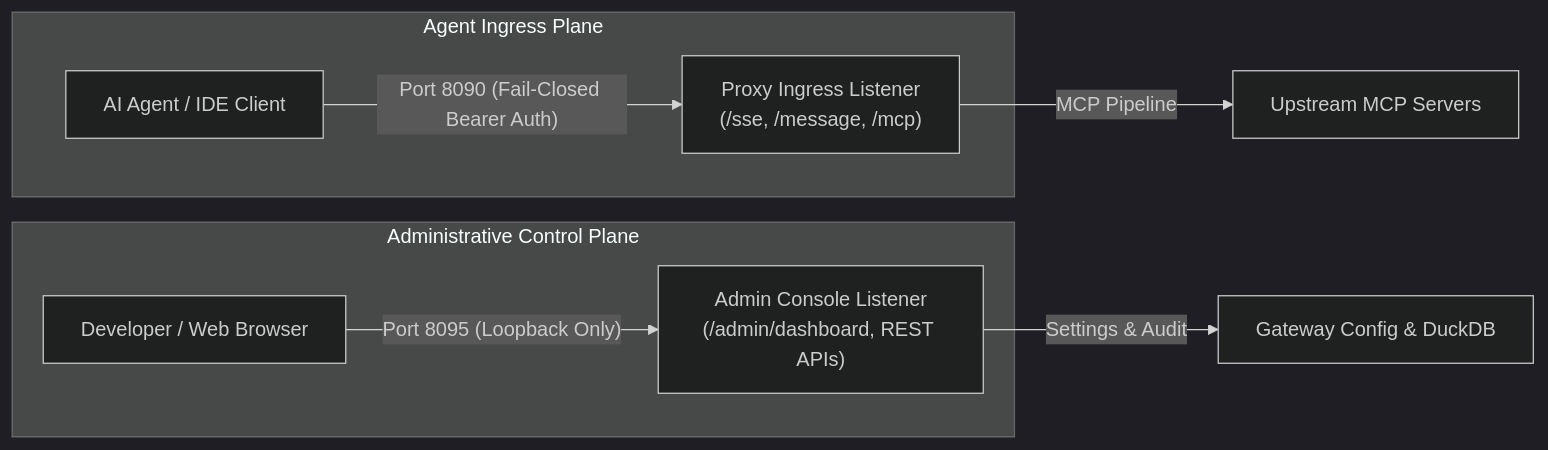
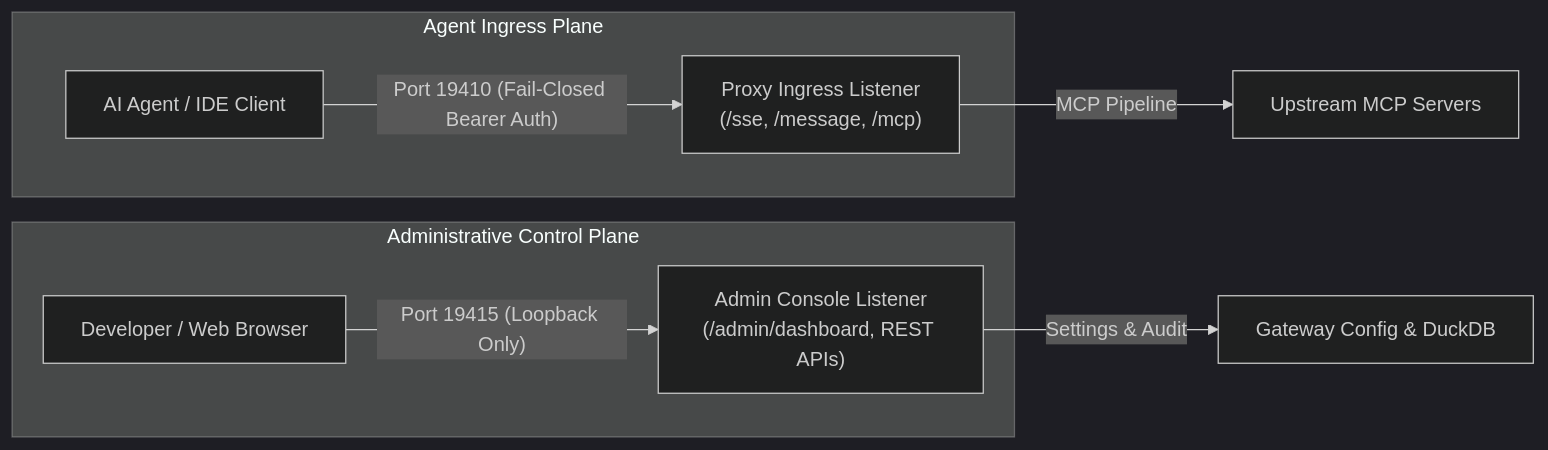
One commit to FaradAiLab/FaradAiWire changed the diagram in docs/02-architecture/port-segregation.md. Above: the diagram before and after it, drawn with Mermaid (dark theme). The commit also changed other lines of this file and 72 other files, not shown here.

````diff
--- a/docs/02-architecture/port-segregation.md
+++ b/docs/02-architecture/port-segregation.md
@@ -10,13 +10,13 @@
 ```mermaid
 graph LR
     subgraph Client Traffic [Agent Ingress Plane]
-        Agent["AI Agent / IDE Client"] -->|"Port 8090 (Fail-Closed Bearer Auth)"| P8090["Proxy Ingress Listener\n(/sse, /message, /mcp)"]
+        Agent["AI Agent / IDE Client"] -->|"Port 19410 (Fail-Closed Bearer Auth)"| P19410["Proxy Ingress Listener\n(/sse, /message, /mcp)"]
     end
 
     subgraph Admin Traffic [Administrative Control Plane]
-        Admin["Developer / Web Browser"] -->|"Port 8095 (Loopback Only)"| P8095["Admin Console Listener\n(/admin/dashboard, REST APIs)"]
+        Admin["Developer / Web Browser"] -->|"Port 19415 (Loopback Only)"| P19415["Admin Console Listener\n(/admin/dashboard, REST APIs)"]
     end
     
-    P8090 -->|"MCP Pipeline"| Upstream["Upstream MCP Servers"]
-    P8095 -->|"Settings & Audit"| InternalState["Gateway Config & DuckDB"]
+    P19410 -->|"MCP Pipeline"| Upstream["Upstream MCP Servers"]
+    P19415 -->|"Settings & Audit"| InternalState["Gateway Config & DuckDB"]
 ```
````
